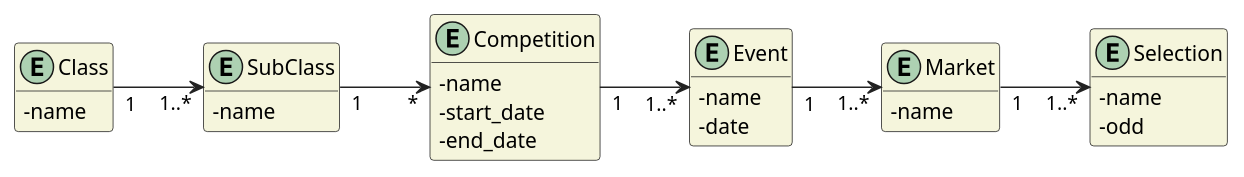
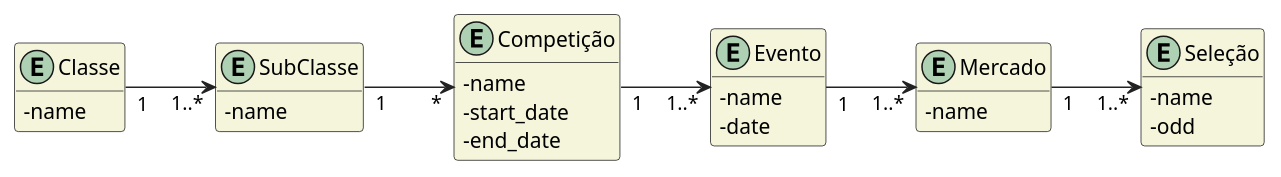
One commit to tomasflopes/pesti changed the diagram in media/_diagrams/plantuml/dm.puml. Above: the diagram before and after it, drawn with PlantUML. The commit also changed 22 other files, not shown here.

```diff
--- a/media/_diagrams/plantuml/dm.puml
+++ b/media/_diagrams/plantuml/dm.puml
@@ -1,45 +1,45 @@
 @startuml dm
 
 skinparam classAttributeIconSize 0
 hide empty attributes
 hide empty methods
 skinparam classBackgroundColor beige
 skinparam ArrowColor #222222
 
 left to right direction
 
-entity "Class" as c {
+entity "Classe" as c {
   - name
 }
 
-entity "SubClass" as sc {
+entity "SubClasse" as sc {
   - name
 }
 
-entity "Competition" as comp {
+entity "Competição" as comp {
   - name
   - start_date
   - end_date 
 }
 
-entity "Event" as e {
+entity "Evento" as e {
   - name
   - date
 }
 
-entity "Market" as m {
+entity "Mercado" as m {
   - name
 }
 
-entity "Selection" as s {
+entity "Seleção" as s {
   - name
   - odd
 }
 
 c "1" --> "1..*" sc
 sc "1" --> "*" comp
 comp "1" --> "1..*" e
 e "1" --> "1..*" m
 m "1" --> "1..*" s
 
 @enduml
```
